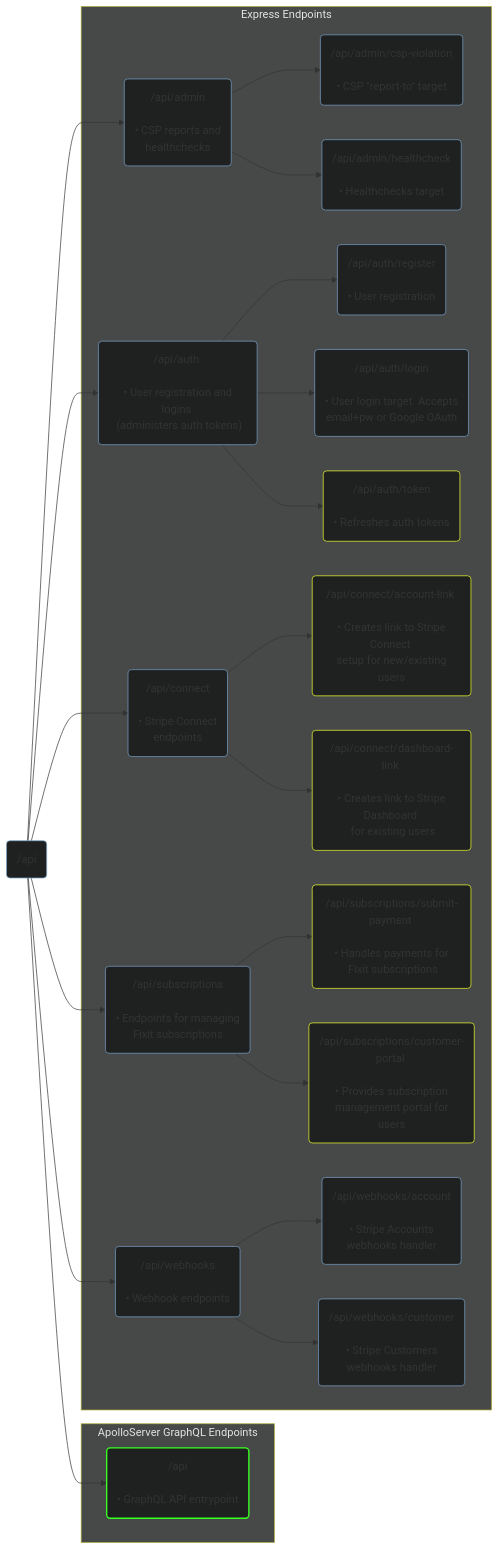
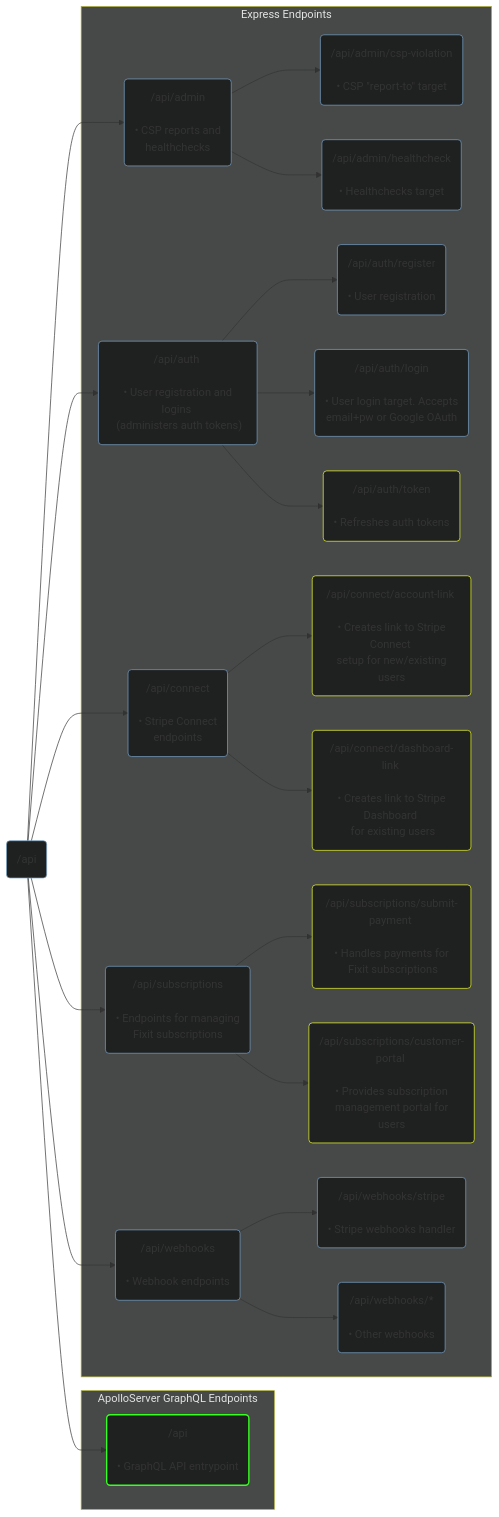
One commit to Nerdware-LLC/fixit-api changed the diagram in README.md. Above: the diagram before and after it, drawn with Mermaid. The commit also changed other lines of this file, not shown here.

````diff
--- a/README.md
+++ b/README.md
@@ -69,34 +72,34 @@
 ```mermaid
 flowchart LR
   root("/api") --> api("/api \n\n • GraphQL API entrypoint")
   root --> admin("/api/admin \n\n • CSP reports and \n healthchecks")
   root --> auth("/api/auth \n\n • User registration and logins \n (administers auth tokens)")
   root --> connect("/api/connect \n\n • Stripe Connect \n endpoints")
   root --> subs("/api/subscriptions \n\n • Endpoints for managing \n Fixit subscriptions")
   root --> webhooks("/api/webhooks \n\n • Webhook endpoints")
   subgraph gql ["ApolloServer GraphQL Endpoints"]
   api
   end
   subgraph express ["Express Endpoints"]
   admin --> csp("/api/admin/csp-violation \n\n • CSP #quot;report-to#quot;" target)
   admin --> healthcheck("/api/admin/healthcheck \n\n • Healthchecks target")
   auth --> register("/api/auth/register \n\n • User registration")
   auth --> login("/api/auth/login \n\n • User login target. Accepts \n email+pw or Google OAuth")
   auth --> token("/api/auth/token \n\n • Refreshes auth tokens")
   connect --> accountLink("/api/connect/account-link \n\n • Creates link to Stripe Connect \n setup for new/existing users")
   connect --> dashboardLink("/api/connect/dashboard-link \n\n • Creates link to Stripe Dashboard \n for existing users")
   subs --> pay("/api/subscriptions/submit-payment \n\n • Handles payments for \n Fixit subscriptions")
   subs --> portal("/api/subscriptions/customer-portal \n\n • Provides subscription \n management portal for users")
-  webhooks --> whAccount("/api/webhooks/account \n\n • Stripe Accounts \n webhooks handler")
-  webhooks --> whCustomer("/api/webhooks/customer \n\n • Stripe Customers \n webhooks handler")
+  webhooks --> whStripe("/api/webhooks/stripe \n\n • Stripe webhooks handler")
+  webhooks --> whCustomer("/api/webhooks/* \n\n • Other webhooks")
   end
 
   classDef default fill:#1f2020,stroke:#7aa4c9,stroke-width:1px
   classDef authenticationRequired stroke:#f1ff2e
   classDef authAndSubscriptionRequired stroke:#37ff21,stroke-width:2px
   classDef subgraphArea fill:#474949,color:#e3e3e3
 
   class token,pay,portal,accountLink,dashboardLink authenticationRequired
   class api authAndSubscriptionRequired
   class express,gql subgraphArea
 ```
````
